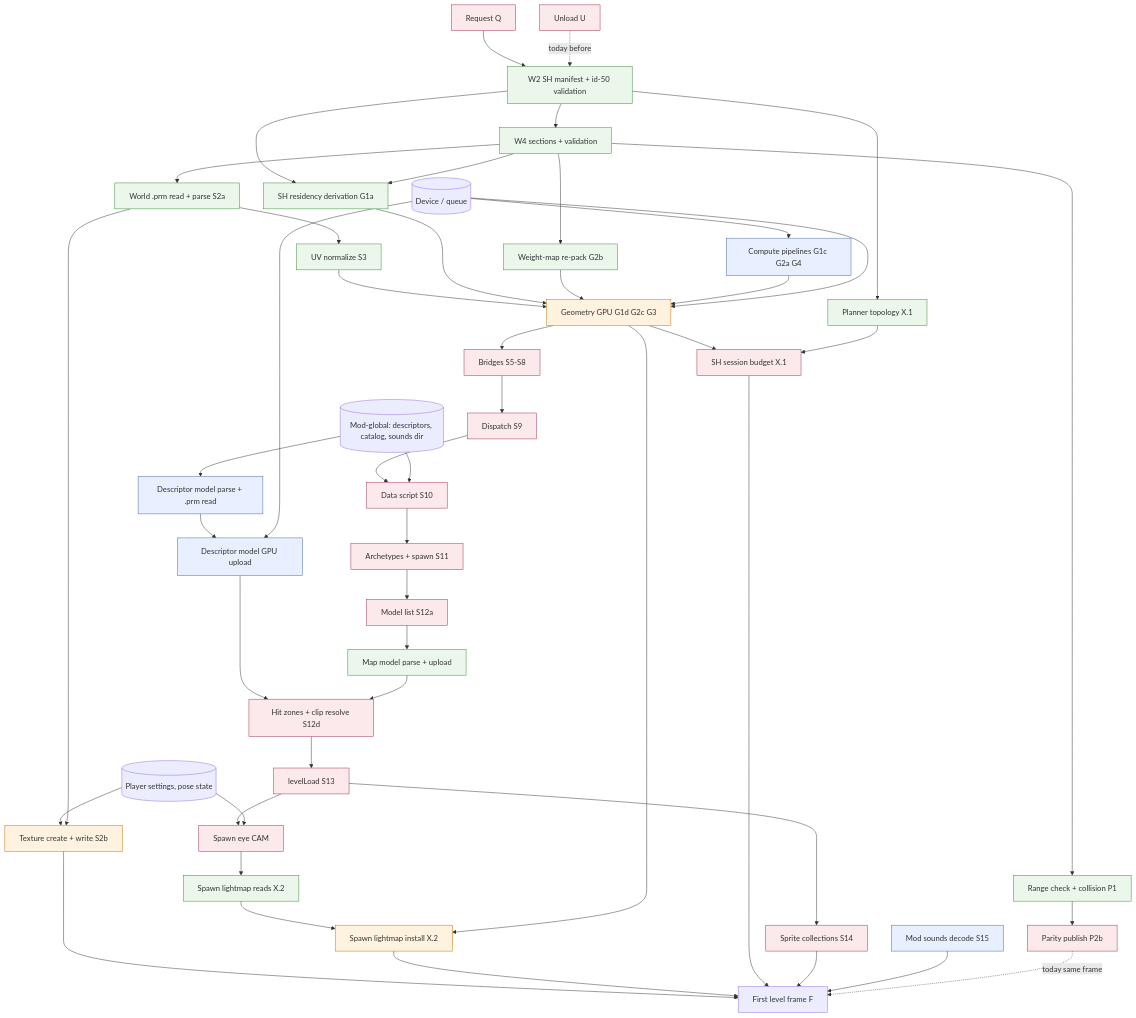
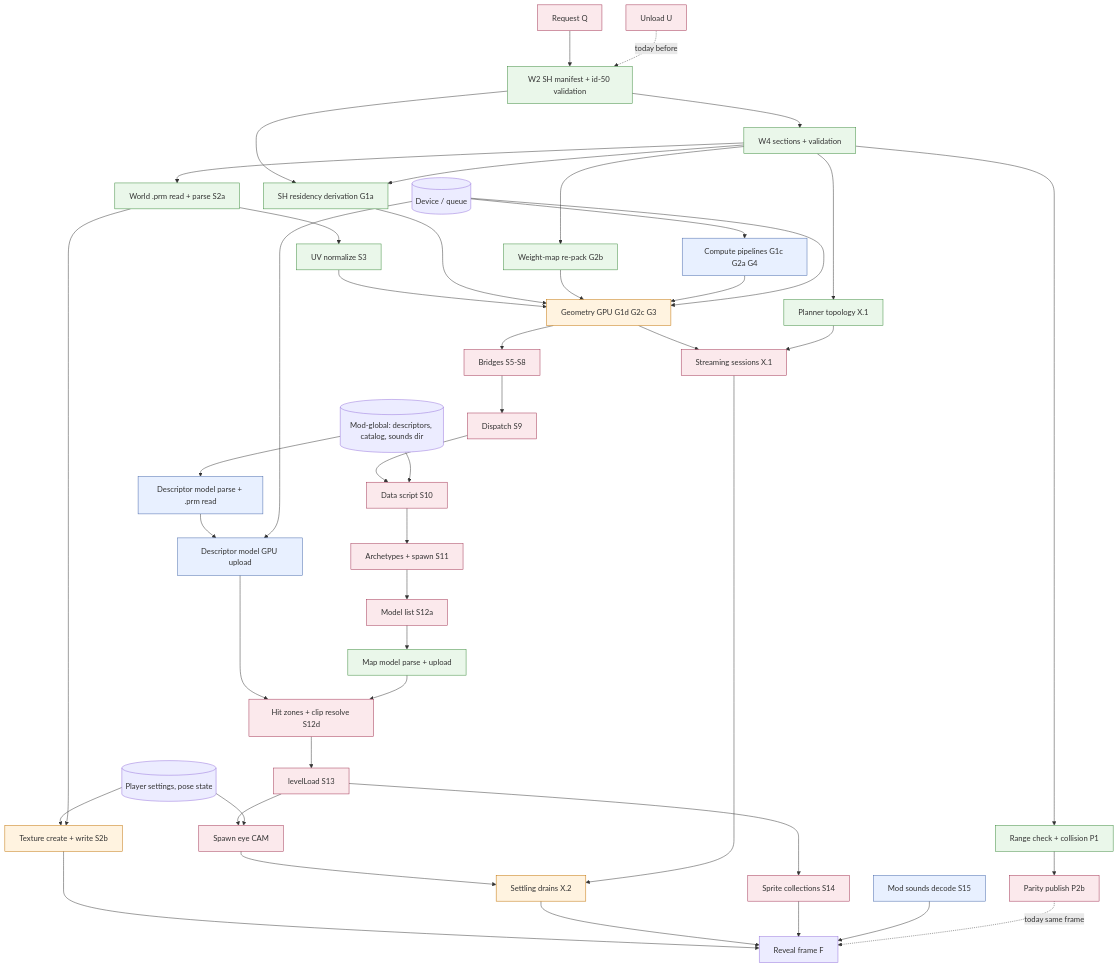
The diagram in context/plans/drafts/level-load-pipeline/research.md (majtom2grndctrl/postretro), drawn with Mermaid before and after one commit. The commit also changed other lines of this file, not shown here.

First line of the commit message:
level-load-pipeline research: re-measure on lavapipe at a2e1f4b

````diff
--- a/context/plans/drafts/level-load-pipeline/research.md
+++ b/context/plans/drafts/level-load-pipeline/research.md
@@ -155,64 +147,62 @@
 ```mermaid
 flowchart TD
   classDef inv fill:#e8f0ff,stroke:#4466aa
   classDef any fill:#eaf7ea,stroke:#3a8a3a
   classDef rnd fill:#fff3e0,stroke:#c07000
   classDef main fill:#fbe9ec,stroke:#a03050
 
   DEV[(Device / queue)]
   MOD[(Mod-global: descriptors, catalog, sounds dir)]
   SET[(Player settings, pose state)]
 
   PIPE[Compute pipelines G1c G2a G4]:::inv
   DMOD[Descriptor model parse + .prm read]:::inv
   DMODUP[Descriptor model GPU upload]:::inv
   SND[Mod sounds decode S15]:::inv
 
   Q[Request Q]:::main --> W2[W2 SH manifest + id-50 validation]:::any
   W2 --> W4[W4 sections + validation]:::any
   U[Unload U]:::main -. today before .-> W2
 
   W4 --> P1[Range check + collision P1]:::any
   W4 --> S2a[World .prm read + parse S2a]:::any
   SET --> S2b
   S2a --> S2b[Texture create + write S2b]:::rnd
   S2a --> S3[UV normalize S3]:::any
   W2 --> G1a[SH residency derivation G1a]:::any
   W4 --> G1a
-  W2 --> X1[Planner topology X.1]:::any
+  W4 --> X1[Planner topology X.1]:::any
   W4 --> G2b[Weight-map re-pack G2b]:::any
   S3 --> GEO[Geometry GPU G1d G2c G3]:::rnd
   G1a --> GEO
   G2b --> GEO
   PIPE --> GEO
   DEV --> PIPE
   DEV --> GEO
   P1 --> PAR[Parity publish P2b]:::main
   GEO --> BR[Bridges S5-S8]:::main
   BR --> DISP[Dispatch S9]:::main
   DISP --> DATA[Data script S10]:::main
   MOD --> DATA
   DATA --> ARCH[Archetypes + spawn S11]:::main
   ARCH --> MLIST[Model list S12a]:::main
   MOD --> DMOD
   DMOD --> DMODUP
   DEV --> DMODUP
   MLIST --> MMAP[Map model parse + upload]:::any
   DMODUP --> CLIP[Hit zones + clip resolve S12d]:::main
   MMAP --> CLIP
   CLIP --> LL[levelLoad S13]:::main
   LL --> SPR[Sprite collections S14]:::main
   LL --> CAM[Spawn eye CAM]:::main
   SET --> CAM
-  CAM --> X2r[Spawn lightmap reads X.2]:::any
-  X2r --> X2w[Spawn lightmap install X.2]:::rnd
-  GEO --> X2w
-  GEO --> X1s[SH session budget X.1]:::main
+  GEO --> X1s[Streaming sessions X.1]:::main
   X1 --> X1s
-  S2b --> F[First level frame F]
-  X2w --> F
-  X1s --> F
+  CAM --> SET2[Settling drains X.2]:::rnd
+  X1s --> SET2
+  S2b --> F[Reveal frame F]
+  SET2 --> F
   SPR --> F
   SND --> F
   PAR -. today same frame .-> F
 ```
````
